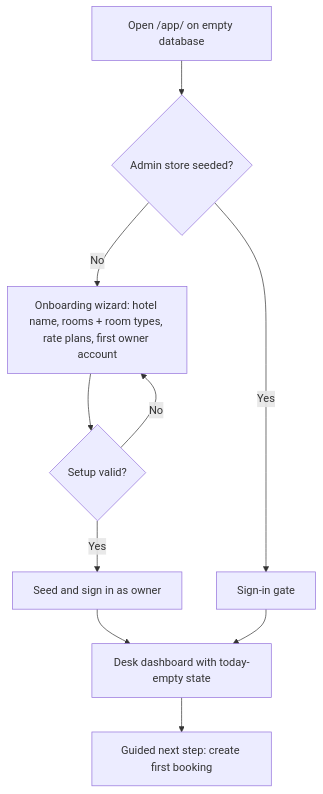
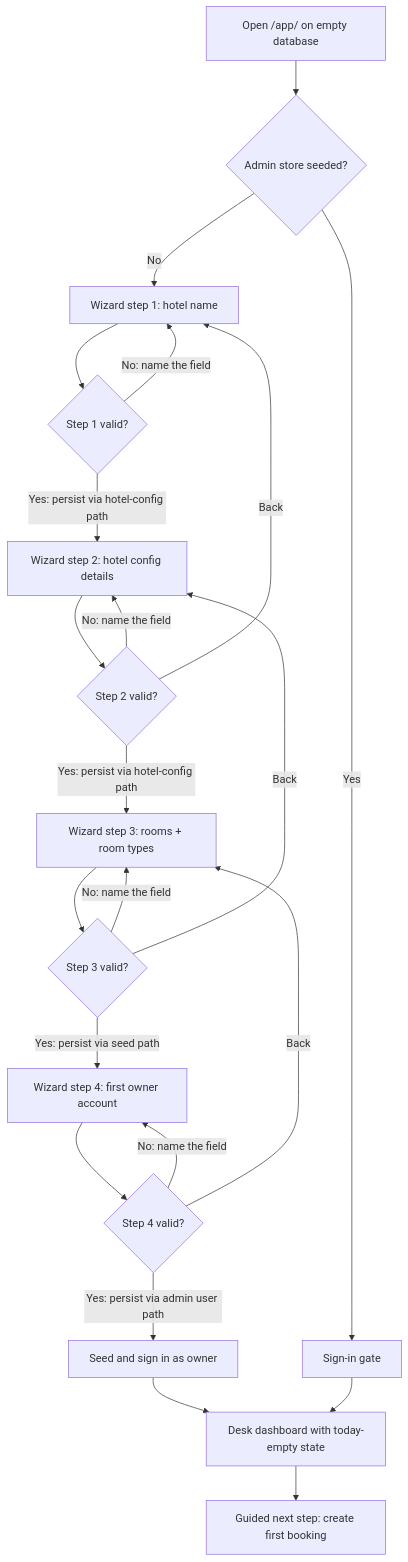
The first of 5 diagrams in docs/product/ux-flows-wireframes.md (MingChen1501/hotel-mgmt), drawn with Mermaid before and after one commit. The commit also changed other lines of this file and 4 other files, not shown here.

First line of the commit message:
feat(product): Specify onboarding wizard steps 2-4 per owner UI design (#441)

````diff
--- a/docs/product/ux-flows-wireframes.md
+++ b/docs/product/ux-flows-wireframes.md
@@ -55,12 +61,24 @@
 ```mermaid
 flowchart TD
     A[Open /app/ on empty database] --> B{Admin store seeded?}
-    B -- No --> C[Onboarding wizard: hotel name, rooms + room types, rate plans, first owner account]
-    C --> D{Setup valid?}
-    D -- No --> C
-    D -- Yes --> E[Seed and sign in as owner]
-    B -- Yes --> F[Sign-in gate]
-    E --> G[Desk dashboard with today-empty state]
-    F --> G
-    G --> H[Guided next step: create first booking]
+    B -- No --> C[Wizard step 1: hotel name]
+    C --> D{Step 1 valid?}
+    D -- No: name the field --> C
+    D -- Yes: persist via hotel-config path --> E[Wizard step 2: hotel config details]
+    E --> F{Step 2 valid?}
+    F -- No: name the field --> E
+    F -- Back --> C
+    F -- Yes: persist via hotel-config path --> G[Wizard step 3: rooms + room types]
+    G --> H{Step 3 valid?}
+    H -- No: name the field --> G
+    H -- Back --> E
+    H -- Yes: persist via seed path --> I[Wizard step 4: first owner account]
+    I --> J{Step 4 valid?}
+    J -- No: name the field --> I
+    J -- Back --> G
+    J -- Yes: persist via admin user path --> K[Seed and sign in as owner]
+    B -- Yes --> F2[Sign-in gate]
+    K --> G2[Desk dashboard with today-empty state]
+    F2 --> G2
+    G2 --> H2[Guided next step: create first booking]
 ```
````
